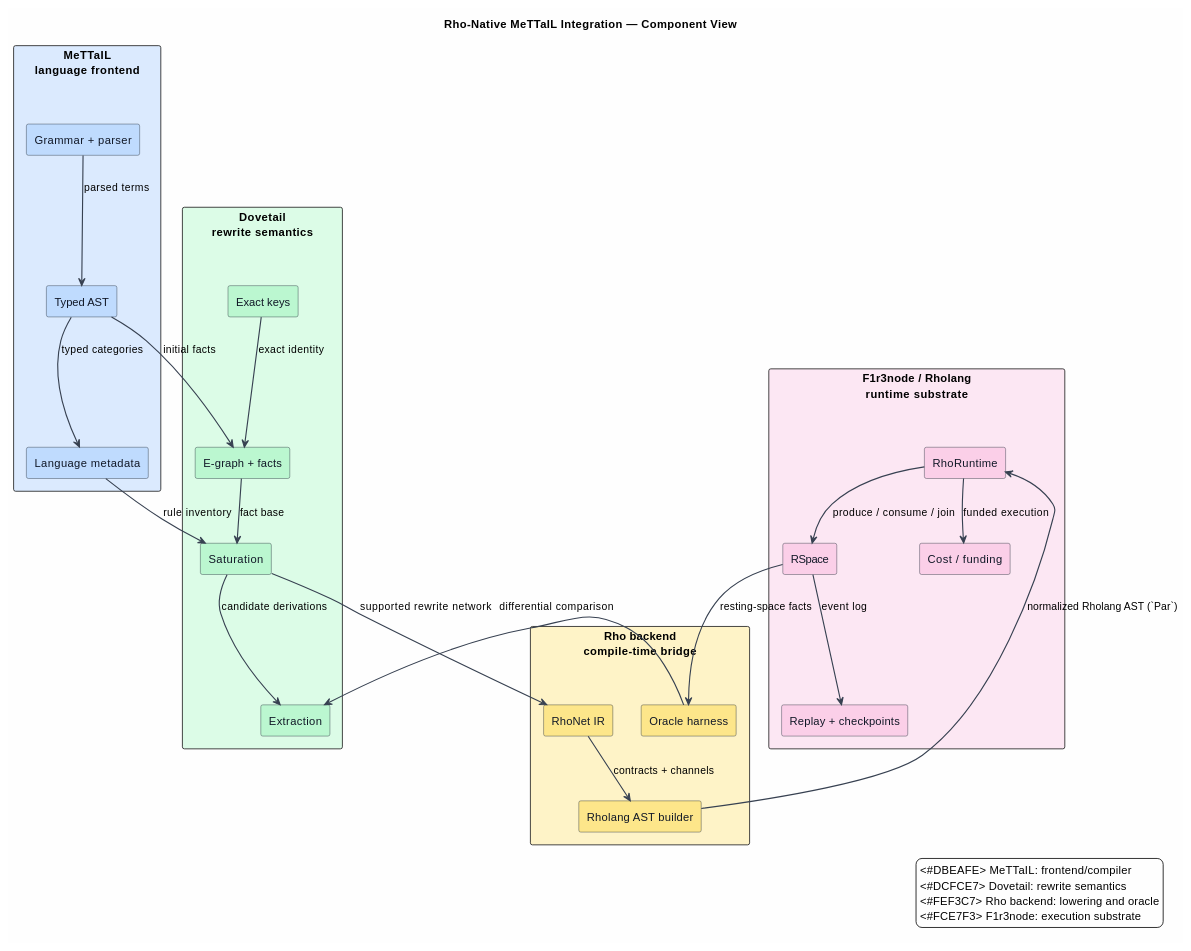
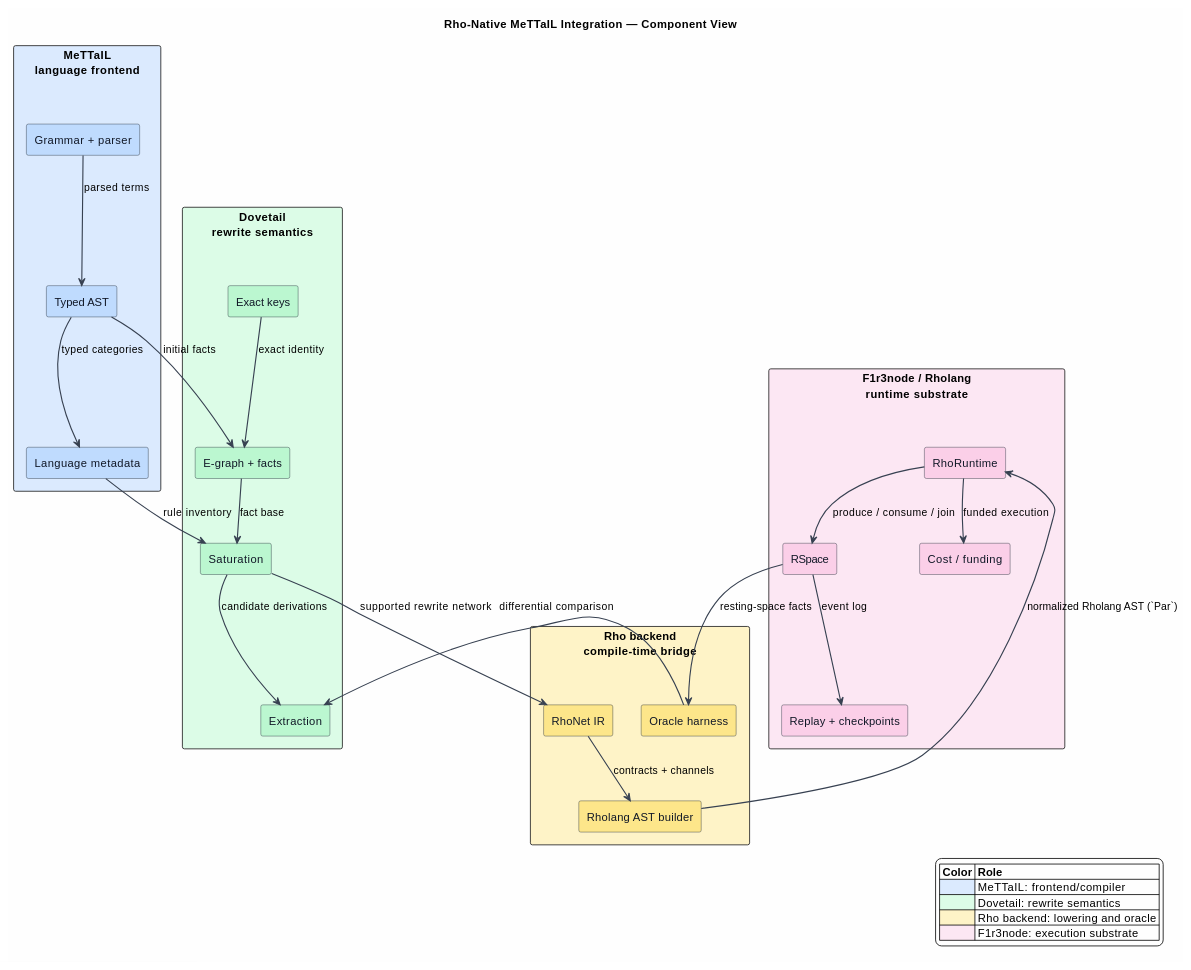
Before and after one commit to F1R3FLY-io/mettail-rust: the diagram in docs/architecture/rho-native-integration/README.md, drawn with PlantUML. The commit also changed 9 other files, not shown here.

````diff
--- a/docs/architecture/rho-native-integration/README.md
+++ b/docs/architecture/rho-native-integration/README.md
@@ -96,64 +96,65 @@
 ```plantuml
 @startuml
 title Rho-Native MeTTaIL Integration — Component View
 
 skinparam backgroundColor #FEFEFE
 skinparam componentStyle rectangle
 skinparam shadowing false
 skinparam ArrowColor #374151
 skinparam ArrowThickness 1.4
 skinparam component {
   BorderColor #1F2937
   FontColor #111827
 }
 
 rectangle "MeTTaIL\nlanguage frontend" as M #DBEAFE {
   component "Grammar + parser" as Parser #BFDBFE
   component "Typed AST" as AST #BFDBFE
   component "Language metadata" as Metadata #BFDBFE
 }
 
 rectangle "Dovetail\nrewrite semantics" as D #DCFCE7 {
   component "Exact keys" as Keys #BBF7D0
   component "E-graph + facts" as EGraph #BBF7D0
   component "Saturation" as Saturation #BBF7D0
   component "Extraction" as Extraction #BBF7D0
 }
 
 rectangle "Rho backend\ncompile-time bridge" as B #FEF3C7 {
   component "RhoNet IR" as RhoNet #FDE68A
   component "Rholang AST builder" as AstBuilder #FDE68A
   component "Oracle harness" as Oracle #FDE68A
 }
 
 rectangle "F1r3node / Rholang\nruntime substrate" as F #FCE7F3 {
   component "RhoRuntime" as Runtime #FBCFE8
   component "RSpace" as RSpace #FBCFE8
   component "Replay + checkpoints" as Replay #FBCFE8
   component "Cost / funding" as Cost #FBCFE8
 }
 
 Parser --> AST : parsed terms
 AST --> Metadata : typed categories
 AST --> EGraph : initial facts
 Metadata --> Saturation : rule inventory
 Keys --> EGraph : exact identity
 EGraph --> Saturation : fact base
 Saturation --> Extraction : candidate derivations
 Saturation --> RhoNet : supported rewrite network
 RhoNet --> AstBuilder : contracts + channels
 AstBuilder --> Runtime : normalized Rholang AST (`Par`)
 Runtime --> RSpace : produce / consume / join
 RSpace --> Replay : event log
 Runtime --> Cost : funded execution
 RSpace --> Oracle : resting-space facts
 Oracle --> Extraction : differential comparison
 
 legend right
-  <#DBEAFE> MeTTaIL: frontend/compiler
-  <#DCFCE7> Dovetail: rewrite semantics
-  <#FEF3C7> Rho backend: lowering and oracle
-  <#FCE7F3> F1r3node: execution substrate
+|= Color |= Role |
+|<#DBEAFE> | MeTTaIL: frontend/compiler |
+|<#DCFCE7> | Dovetail: rewrite semantics |
+|<#FEF3C7> | Rho backend: lowering and oracle |
+|<#FCE7F3> | F1r3node: execution substrate |
 endlegend
 @enduml
 ```
````
